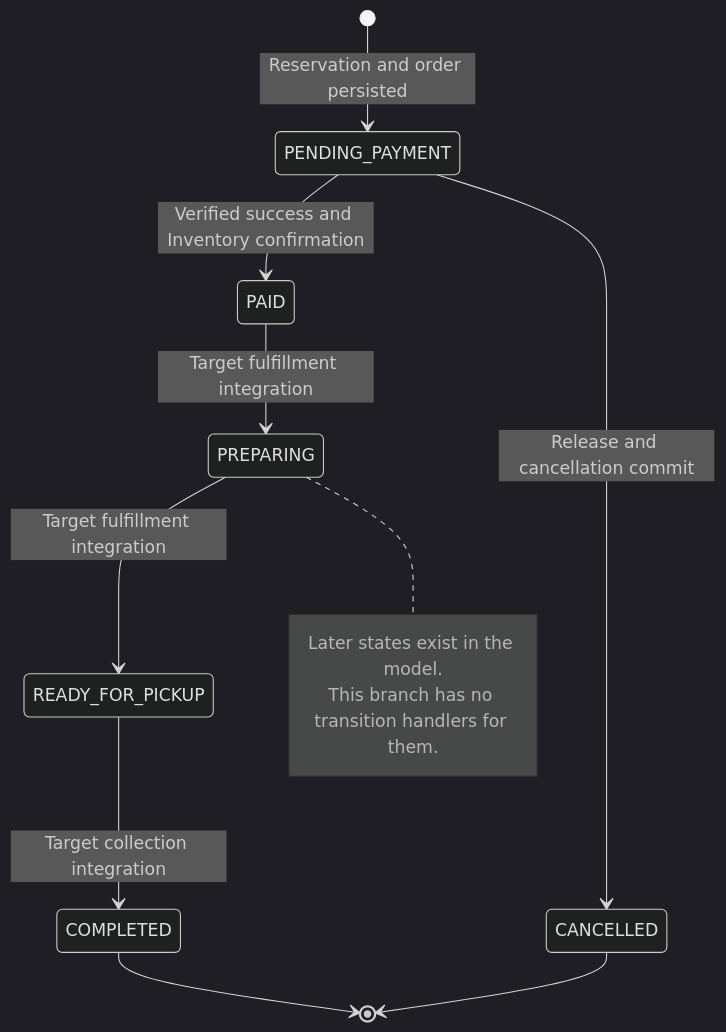
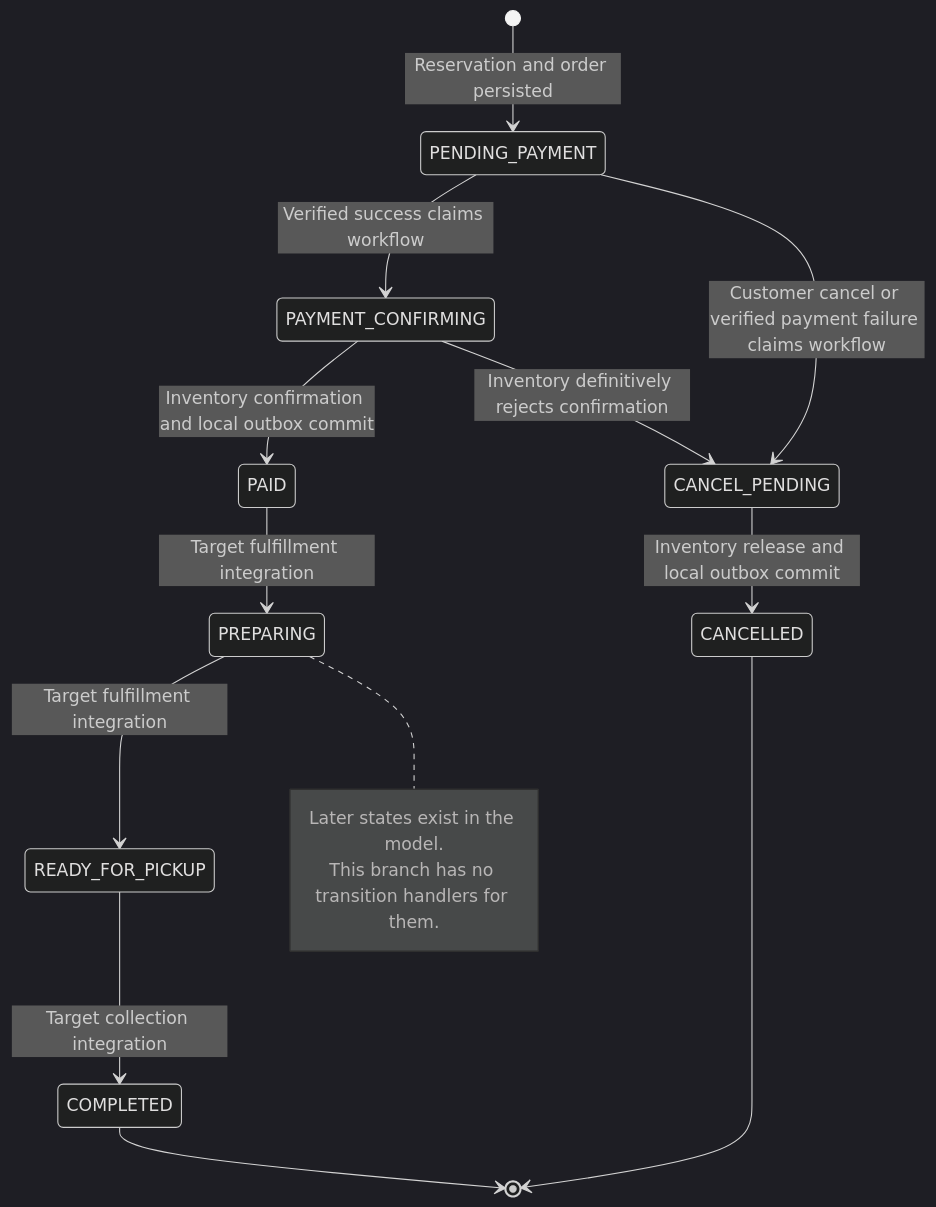
One commit to PhoengZ/backend-gelato-management changed the fifth of 5 diagrams in docs/sequence-diagram.md. Above: the diagram before and after it, drawn with Mermaid (dark theme). The commit also changed other lines of this file and 15 other files, not shown here.

````diff
--- a/docs/sequence-diagram.md
+++ b/docs/sequence-diagram.md
@@ -152,16 +156,19 @@
 ```mermaid
 stateDiagram-v2
     [*] --> PENDING_PAYMENT: Reservation and order persisted
-    PENDING_PAYMENT --> PAID: Verified success and Inventory confirmation
-    PENDING_PAYMENT --> CANCELLED: Release and cancellation commit
+    PENDING_PAYMENT --> PAYMENT_CONFIRMING: Verified success claims workflow
+    PAYMENT_CONFIRMING --> PAID: Inventory confirmation and local outbox commit
+    PAYMENT_CONFIRMING --> CANCEL_PENDING: Inventory definitively rejects confirmation
+    PENDING_PAYMENT --> CANCEL_PENDING: Customer cancel or verified payment failure claims workflow
+    CANCEL_PENDING --> CANCELLED: Inventory release and local outbox commit
     PAID --> PREPARING: Target fulfillment integration
     PREPARING --> READY_FOR_PICKUP: Target fulfillment integration
     READY_FOR_PICKUP --> COMPLETED: Target collection integration
     CANCELLED --> [*]
     COMPLETED --> [*]
 
     note right of PREPARING
         Later states exist in the model.
         This branch has no transition handlers for them.
     end note
 ```
````
